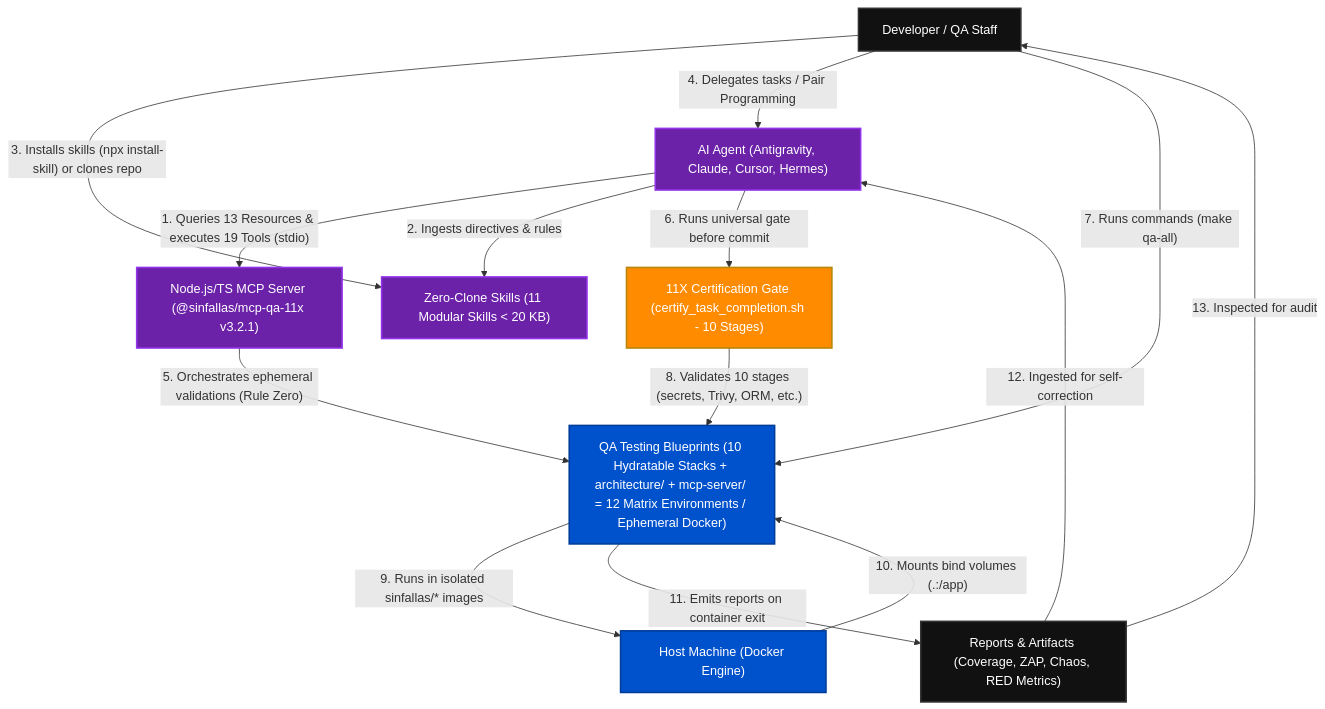
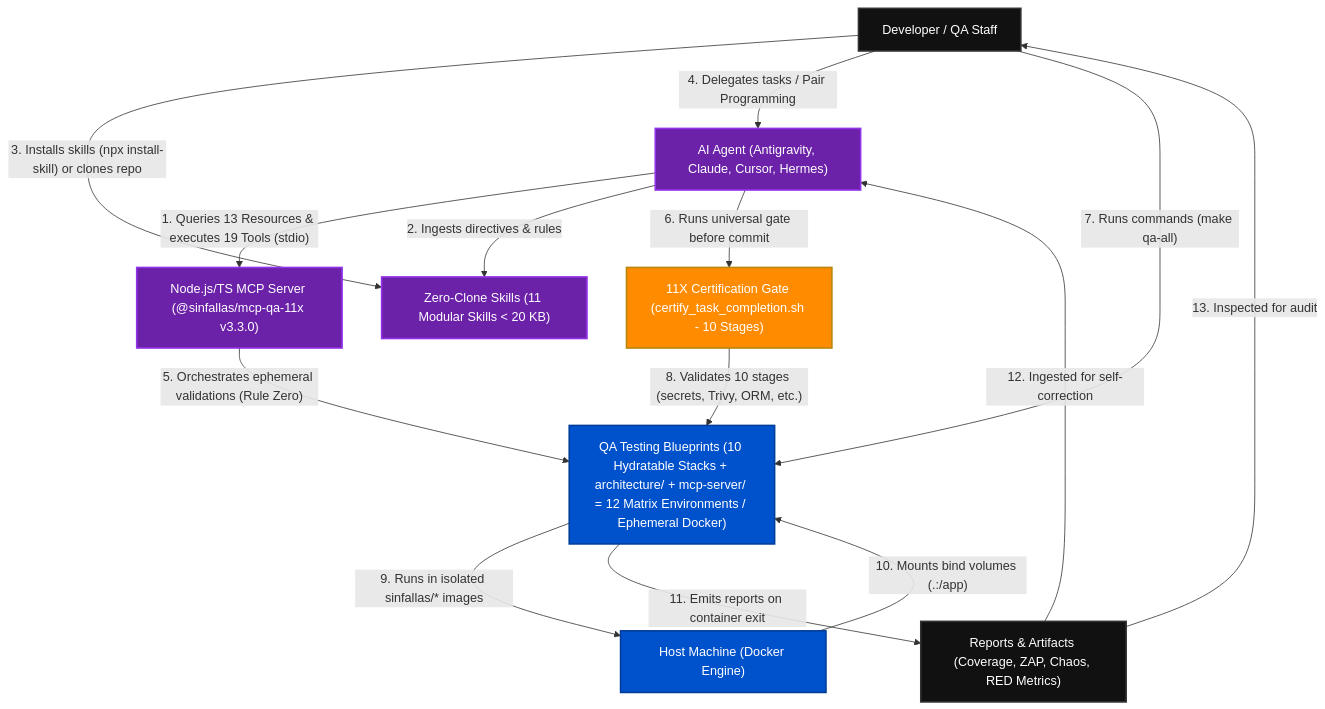
Before and after one commit to tecno-consultores/qa-testing-blueprints: the first of 3 diagrams in docs/ARCHITECTURE_C4.md, drawn with Mermaid. The commit also changed other lines of this file and 53 other files, not shown here.

````diff
--- a/docs/ARCHITECTURE_C4.md
+++ b/docs/ARCHITECTURE_C4.md
@@ -12,33 +12,33 @@
 ```mermaid
 flowchart TD
     Human["Developer / QA Staff"]
     Agent["AI Agent (Antigravity, Claude, Cursor, Hermes)"]
-    MCP["Node.js/TS MCP Server (@sinfallas/mcp-qa-11x v3.2.1)"]
+    MCP["Node.js/TS MCP Server (@sinfallas/mcp-qa-11x v3.3.0)"]
     Skill["Zero-Clone Skills (11 Modular Skills < 20 KB)"]
     Gate["11X Certification Gate (certify_task_completion.sh - 10 Stages)"]
     QA["QA Testing Blueprints (10 Hydratable Stacks + architecture/ + mcp-server/ = 12 Matrix Environments / Ephemeral Docker)"]
     Host["Host Machine (Docker Engine)"]
     Reports["Reports & Artifacts (Coverage, ZAP, Chaos, RED Metrics)"]
 
     Agent -->|"1. Queries 13 Resources & executes 19 Tools (stdio)"| MCP
     Agent -->|"2. Ingests directives & rules"| Skill
     Human -->|"3. Installs skills (npx install-skill) or clones repo"| Skill
     Human -->|"4. Delegates tasks / Pair Programming"| Agent
     MCP -->|"5. Orchestrates ephemeral validations (Rule Zero)"| QA
     Agent -->|"6. Runs universal gate before commit"| Gate
     Human -->|"7. Runs commands (make qa-all)"| QA
     Gate -->|"8. Validates 10 stages (secrets, Trivy, ORM, etc.)"| QA
     QA -->|"9. Runs in isolated sinfallas/* images"| Host
     Host -->|"10. Mounts bind volumes (.:/app)"| QA
     QA -->|"11. Emits reports on container exit"| Reports
     Reports -->|"12. Ingested for self-correction"| Agent
     Reports -->|"13. Inspected for audit"| Human
 
     classDef default fill:#111,stroke:#333,stroke-width:2px,color:#fff;
     classDef highlight fill:#0052cc,stroke:#003d99,stroke-width:2px,color:#fff;
     classDef barrier fill:#ff8c00,stroke:#b8860b,stroke-width:2px,color:#fff;
     classDef ai fill:#6b21a8,stroke:#9333ea,stroke-width:2px,color:#fff;
     class QA,Host highlight;
     class Gate barrier;
     class Agent,MCP,Skill ai;
 ```
````
